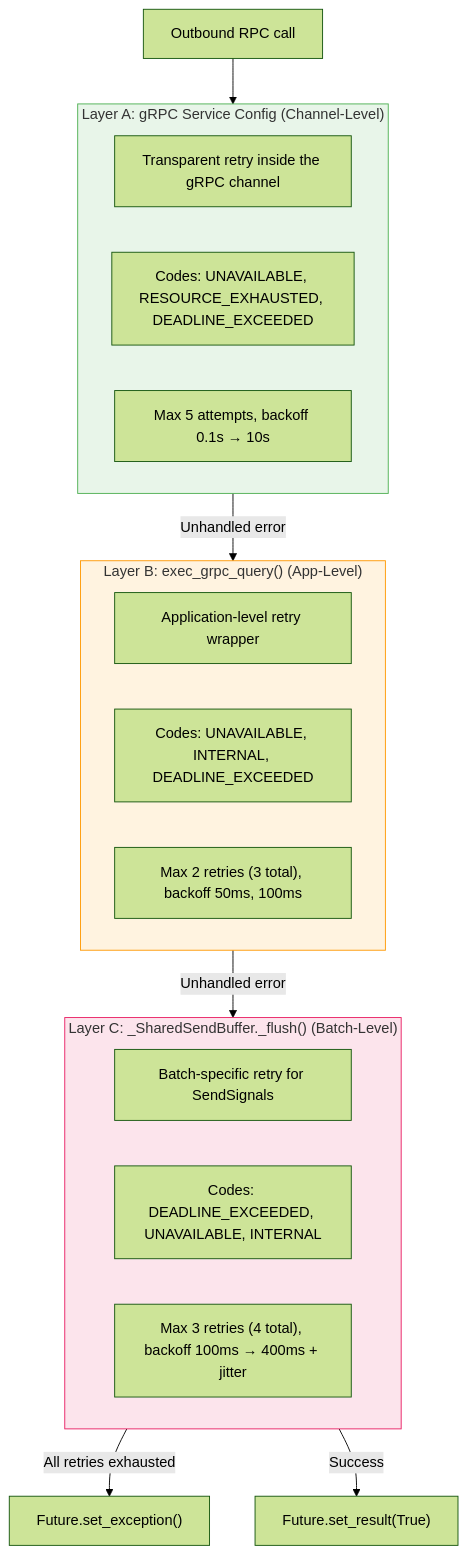
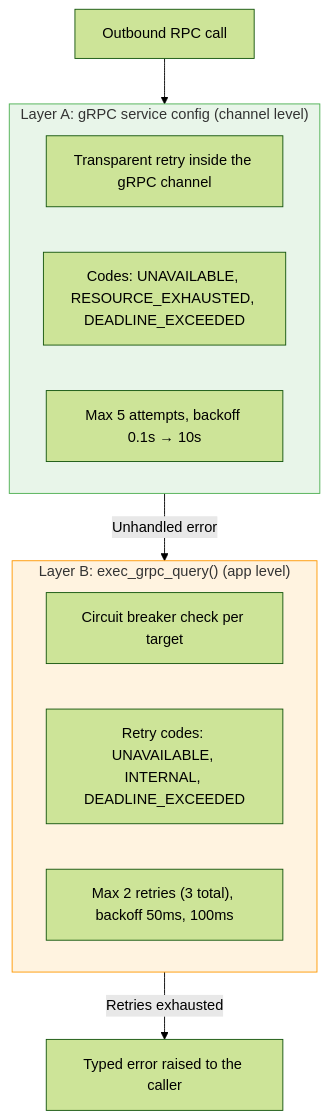
One commit to DigitalKin-ai/digitalkin changed the first of 2 diagrams in docs/architecture/resilience.md. Above: the diagram before and after it, drawn with Mermaid (forest theme). The commit also changed other lines of this file and 141 other files, not shown here.

````diff
--- a/docs/architecture/resilience.md
+++ b/docs/architecture/resilience.md
@@ -22,30 +9,21 @@
 ```mermaid
 flowchart TB
-    subgraph LayerA["Layer A: gRPC Service Config (Channel-Level)"]
+    subgraph LayerA["Layer A: gRPC service config (channel level)"]
         A1["Transparent retry inside the gRPC channel"]
         A2["Codes: UNAVAILABLE, RESOURCE_EXHAUSTED, DEADLINE_EXCEEDED"]
         A3["Max 5 attempts, backoff 0.1s → 10s"]
     end
 
-    subgraph LayerB["Layer B: exec_grpc_query() (App-Level)"]
-        B1["Application-level retry wrapper"]
-        B2["Codes: UNAVAILABLE, INTERNAL, DEADLINE_EXCEEDED"]
+    subgraph LayerB["Layer B: exec_grpc_query() (app level)"]
+        B1["Circuit breaker check per target"]
+        B2["Retry codes: UNAVAILABLE, INTERNAL, DEADLINE_EXCEEDED"]
         B3["Max 2 retries (3 total), backoff 50ms, 100ms"]
-    end
-
-    subgraph LayerC["Layer C: _SharedSendBuffer._flush() (Batch-Level)"]
-        C1["Batch-specific retry for SendSignals"]
-        C2["Codes: DEADLINE_EXCEEDED, UNAVAILABLE, INTERNAL"]
-        C3["Max 3 retries (4 total), backoff 100ms → 400ms + jitter"]
     end
 
     RPC["Outbound RPC call"] --> LayerA
     LayerA -->|"Unhandled error"| LayerB
-    LayerB -->|"Unhandled error"| LayerC
-    LayerC -->|"All retries exhausted"| FAIL["Future.set_exception()"]
-    LayerC -->|"Success"| OK["Future.set_result(True)"]
+    LayerB -->|"Retries exhausted"| FAIL["Typed error raised to the caller"]
 
     style LayerA fill:#e8f5e9,stroke:#4caf50
     style LayerB fill:#fff3e0,stroke:#ff9800
-    style LayerC fill:#fce4ec,stroke:#e91e63
 ```
````
